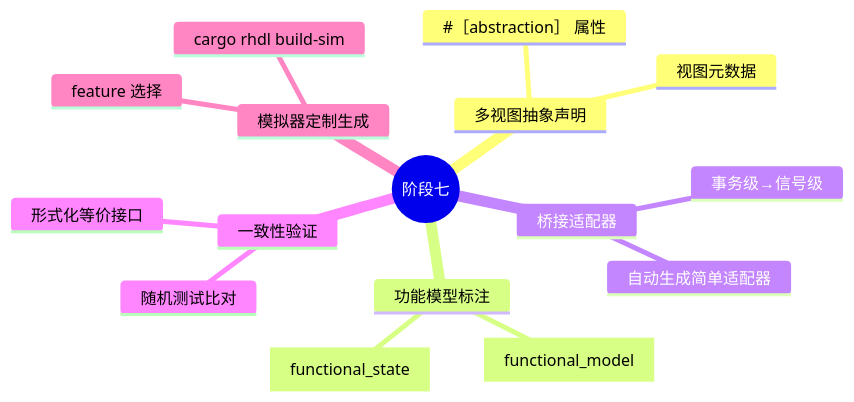
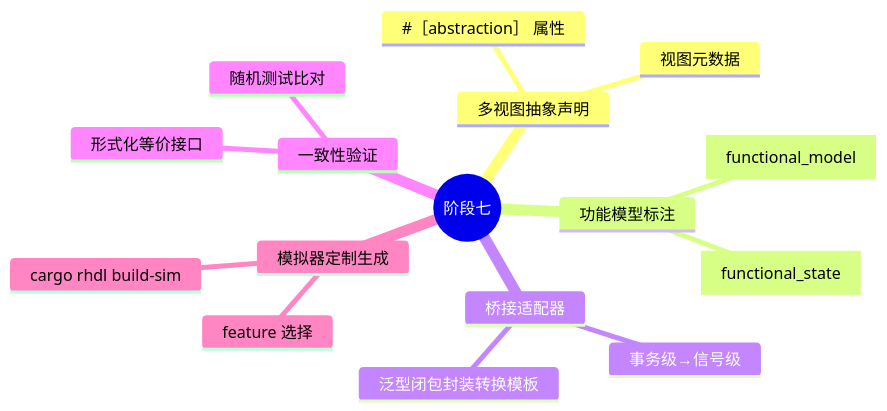
The ninth of 11 diagrams in docs/requirements/19. 实施路线图.md (TangCan/bitloom), drawn with Mermaid before and after one commit. The commit also changed other lines of this file and 17 other files, not shown here.

````diff
--- a/docs/requirements/19. 实施路线图.md
+++ b/docs/requirements/19. 实施路线图.md
@@ -367,20 +304,19 @@
 ```mermaid
 mindmap
   root((阶段七))
     多视图抽象声明
       #［abstraction］ 属性
       视图元数据
     功能模型标注
       #[functional_model]
       #[functional_state]
     桥接适配器
       事务级→信号级
-      自动生成简单适配器
+      泛型闭包封装转换模板
     一致性验证
       随机测试比对
       形式化等价接口
     模拟器定制生成
       feature 选择
       cargo rhdl build-sim
-
 ```
````
